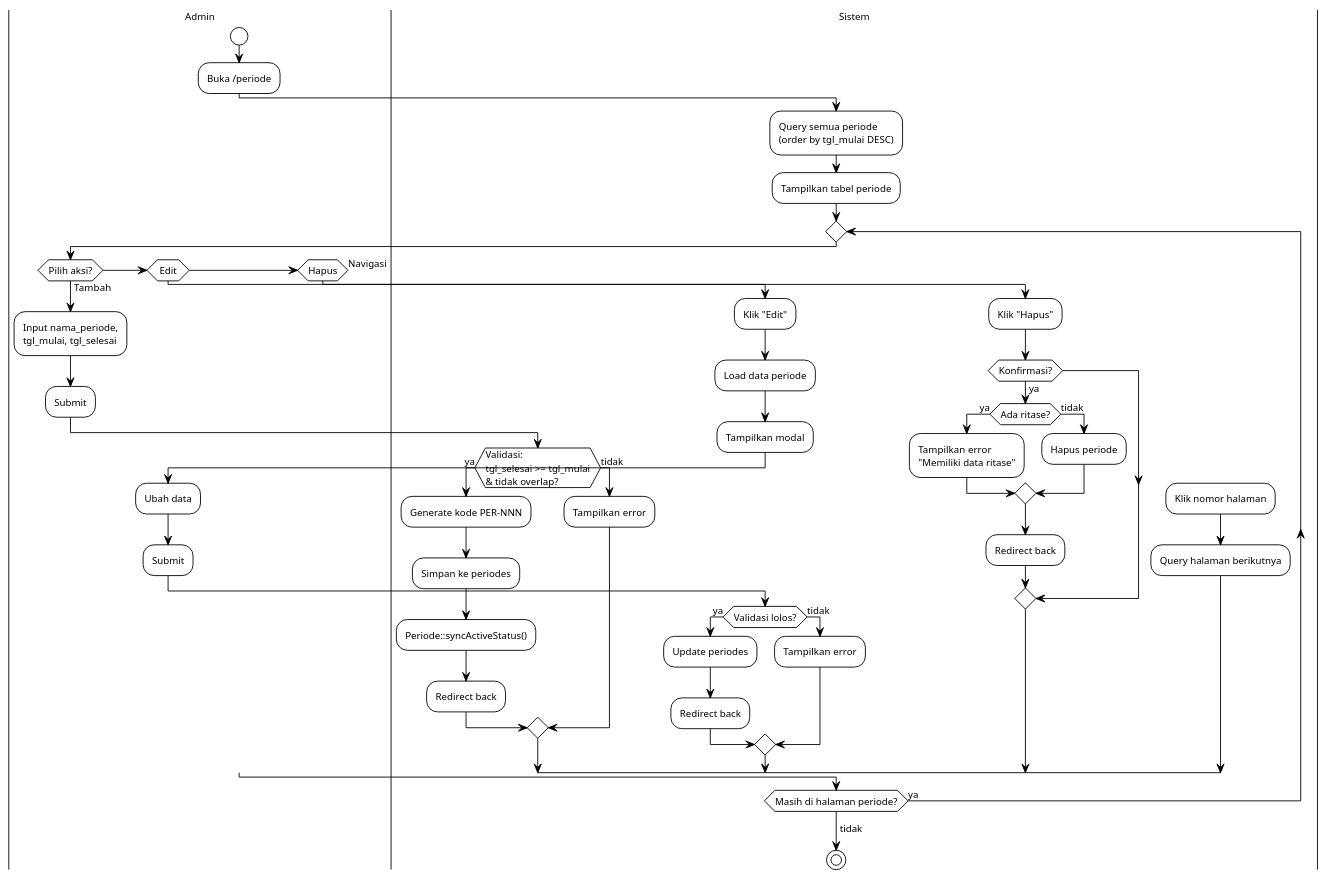
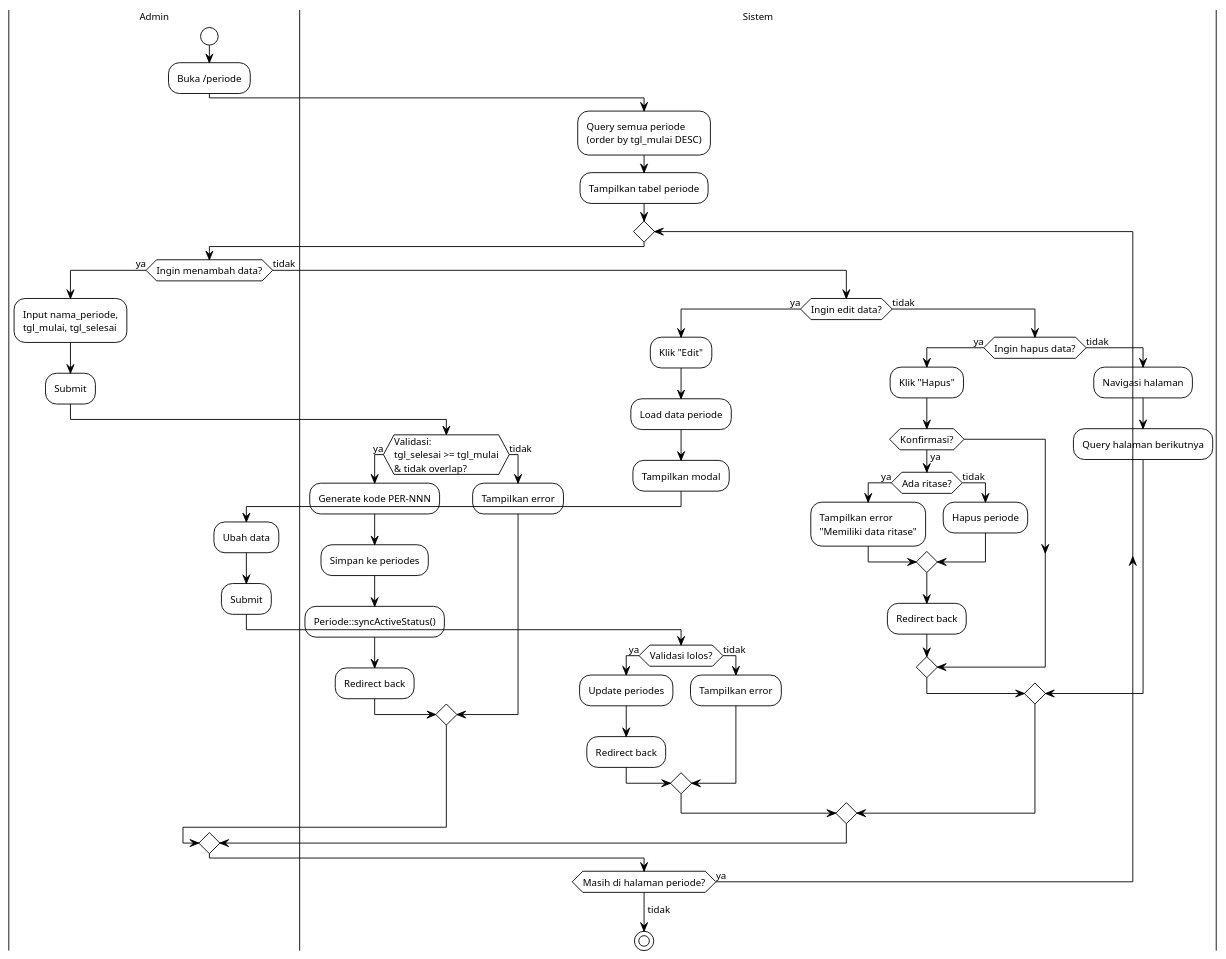
Before and after one commit to riandafatur28/sidigas-gaji-sopir-truck: the eighth of 22 diagrams in FLOWCHART.md, drawn with PlantUML. The commit also changed other lines of this file, not shown here.

Commit message:
docs: update flowchart

````diff
--- a/FLOWCHART.md
+++ b/FLOWCHART.md
@@ -534,70 +542,74 @@
 ```plantuml
 @startuml
 !theme plain
 skinparam backgroundColor #ffffff
 skinparam defaultFontSize 11
 skinparam defaultFontName Arial
 
 |Admin|
 start
 :Buka /periode;
 
 |Sistem|
 :Query semua periode\n(order by tgl_mulai DESC);
 :Tampilkan tabel periode;
 
 repeat
   |Admin|
-  if (Pilih aksi?) then (Tambah)
+  if (Ingin menambah data?) then (ya)
     :Input nama_periode,\ntgl_mulai, tgl_selesai;
     :Submit;
     |Sistem|
     if (Validasi:\ntgl_selesai >= tgl_mulai\n& tidak overlap?) then (ya)
       :Generate kode PER-NNN;
       :Simpan ke periodes;
       :Periode::syncActiveStatus();
       :Redirect back;
     else (tidak)
       :Tampilkan error;
     endif
 
-  elseif (Edit) then
-    :Klik "Edit";
-    |Sistem|
-    :Load data periode;
-    :Tampilkan modal;
-    |Admin|
-    :Ubah data;
-    :Submit;
-    |Sistem|
-    if (Validasi lolos?) then (ya)
-      :Update periodes;
-      :Redirect back;
+  else (tidak)
+    if (Ingin edit data?) then (ya)
+      :Klik "Edit";
+      |Sistem|
+      :Load data periode;
+      :Tampilkan modal;
+      |Admin|
+      :Ubah data;
+      :Submit;
+      |Sistem|
+      if (Validasi lolos?) then (ya)
+        :Update periodes;
+        :Redirect back;
+      else (tidak)
+        :Tampilkan error;
+      endif
+
     else (tidak)
-      :Tampilkan error;
+      if (Ingin hapus data?) then (ya)
+        :Klik "Hapus";
+        if (Konfirmasi?) then (ya)
+          |Sistem|
+          if (Ada ritase?) then (ya)
+            :Tampilkan error\n"Memiliki data ritase";
+          else (tidak)
+            :Hapus periode;
+          endif
+          :Redirect back;
+        endif
+
+      else (tidak)
+        :Navigasi halaman;
+        |Sistem|
+        :Query halaman berikutnya;
+      endif
     endif
-
-  elseif (Hapus) then
-    :Klik "Hapus";
-    if (Konfirmasi?) then (ya)
-      |Sistem|
-      if (Ada ritase?) then (ya)
-        :Tampilkan error\n"Memiliki data ritase";
-      else (tidak)
-        :Hapus periode;
-      endif
-      :Redirect back;
-    endif
-
-  else (Navigasi)
-    :Klik nomor halaman;
-    |Sistem|
-    :Query halaman berikutnya;
   endif
 
 repeat while (Masih di halaman periode?) is (ya)
 ->tidak;
 stop
 
 @enduml
 ```
````
